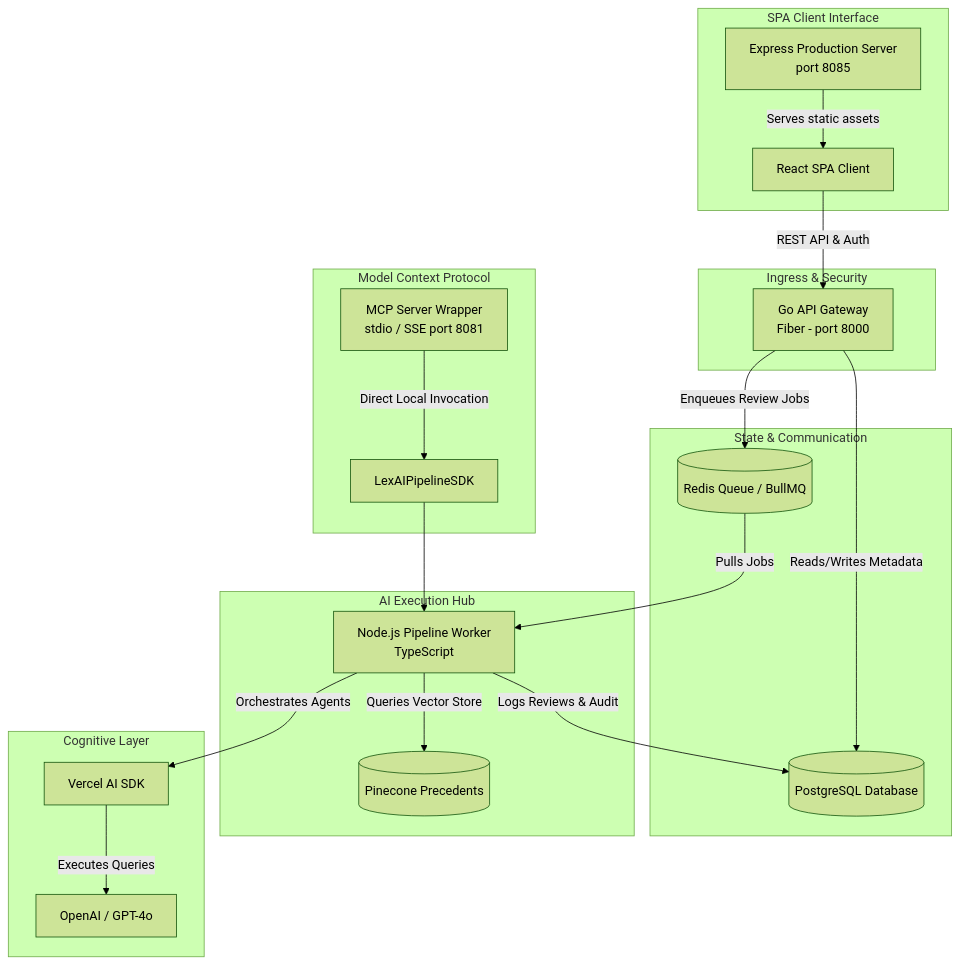
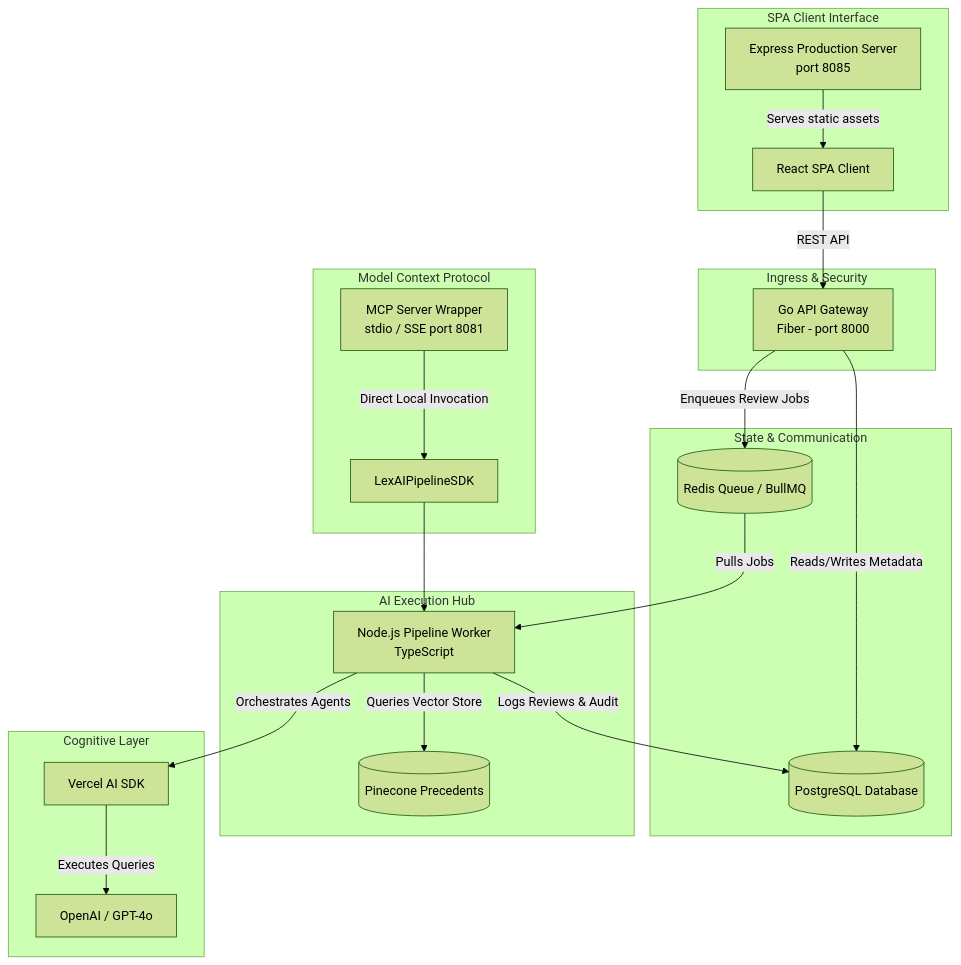
Before and after one commit to Harshitraiii2005/legal-contract-pipeline: the diagram in README.md, drawn with Mermaid (forest theme). The commit also changed other lines of this file and 20 other files, not shown here.

````diff
--- a/README.md
+++ b/README.md
@@ -25,40 +25,40 @@
 ```mermaid
 graph TD
     subgraph Frontend Layer [SPA Client Interface]
         FE[React SPA Client]
         EX[Express Production Server <br> port 8085]
         EX -->|Serves static assets| FE
     end
 
     subgraph Gateway Layer [Ingress & Security]
         GW[Go API Gateway <br> Fiber - port 8000]
-        FE -->|REST API & Auth| GW
+        FE -->|REST API| GW
     end
 
     subgraph Storage & Queues [State & Communication]
         DB[(PostgreSQL Database)]
         RD[(Redis Queue / BullMQ)]
         GW -->|Reads/Writes Metadata| DB
         GW -->|Enqueues Review Jobs| RD
     end
 
     subgraph Orchestration Worker [AI Execution Hub]
         WK[Node.js Pipeline Worker <br> TypeScript]
         RD -->|Pulls Jobs| WK
         WK -->|Queries Vector Store| PC[(Pinecone Precedents)]
         WK -->|Logs Reviews & Audit| DB
     end
 
     subgraph LLM Provider [Cognitive Layer]
         VC[Vercel AI SDK]
         GQ[OpenAI / GPT-4o]
         WK -->|Orchestrates Agents| VC
         VC -->|Executes Queries| GQ
     end
 
     subgraph External Interfaces [Model Context Protocol]
         MCP[MCP Server Wrapper <br> stdio / SSE port 8081]
         MCP -->|Direct Local Invocation| SDK[LexAIPipelineSDK]
         SDK --> WK
     end
 ```
````
